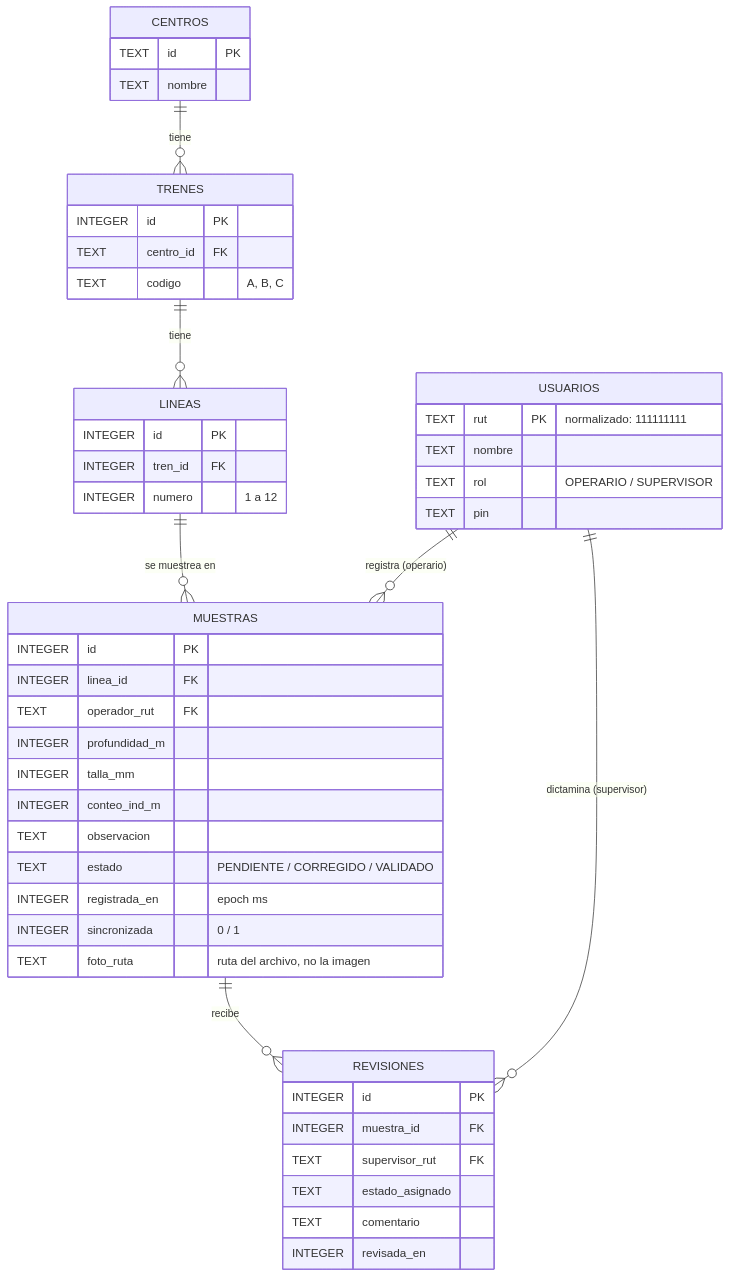
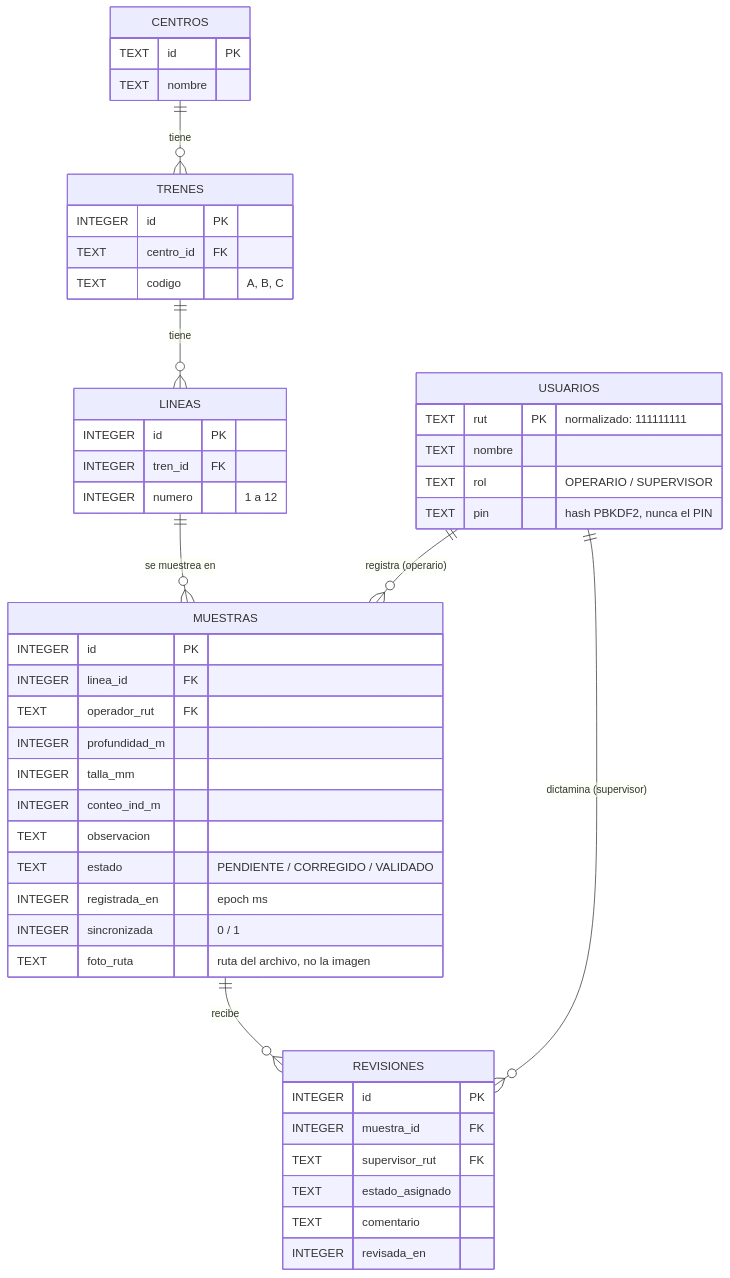
One commit to jesuscardenas-jacv1/Proyecto-ALDEMAR changed the diagram in docs/base-de-datos.md. Above: the diagram before and after it, drawn with Mermaid. The commit also changed other lines of this file and 29 other files, not shown here.

First line of the commit message:
fix: datos reales en Detalle y Revisión, PIN con hash y sin respaldo de la base

````diff
--- a/docs/base-de-datos.md
+++ b/docs/base-de-datos.md
@@ -9,51 +9,51 @@
 ```mermaid
 erDiagram
     CENTROS ||--o{ TRENES : tiene
     TRENES ||--o{ LINEAS : tiene
     LINEAS ||--o{ MUESTRAS : "se muestrea en"
     USUARIOS ||--o{ MUESTRAS : "registra (operario)"
     MUESTRAS ||--o{ REVISIONES : "recibe"
     USUARIOS ||--o{ REVISIONES : "dictamina (supervisor)"
 
     CENTROS {
         TEXT id PK
         TEXT nombre
     }
     TRENES {
         INTEGER id PK
         TEXT centro_id FK
         TEXT codigo "A, B, C"
     }
     LINEAS {
         INTEGER id PK
         INTEGER tren_id FK
         INTEGER numero "1 a 12"
     }
     USUARIOS {
         TEXT rut PK "normalizado: 111111111"
         TEXT nombre
         TEXT rol "OPERARIO / SUPERVISOR"
-        TEXT pin
+        TEXT pin "hash PBKDF2, nunca el PIN"
     }
     MUESTRAS {
         INTEGER id PK
         INTEGER linea_id FK
         TEXT operador_rut FK
         INTEGER profundidad_m
         INTEGER talla_mm
         INTEGER conteo_ind_m
         TEXT observacion
         TEXT estado "PENDIENTE / CORREGIDO / VALIDADO"
         INTEGER registrada_en "epoch ms"
         INTEGER sincronizada "0 / 1"
         TEXT foto_ruta "ruta del archivo, no la imagen"
     }
     REVISIONES {
         INTEGER id PK
         INTEGER muestra_id FK
         TEXT supervisor_rut FK
         TEXT estado_asignado
         TEXT comentario
         INTEGER revisada_en
     }
 ```
````
